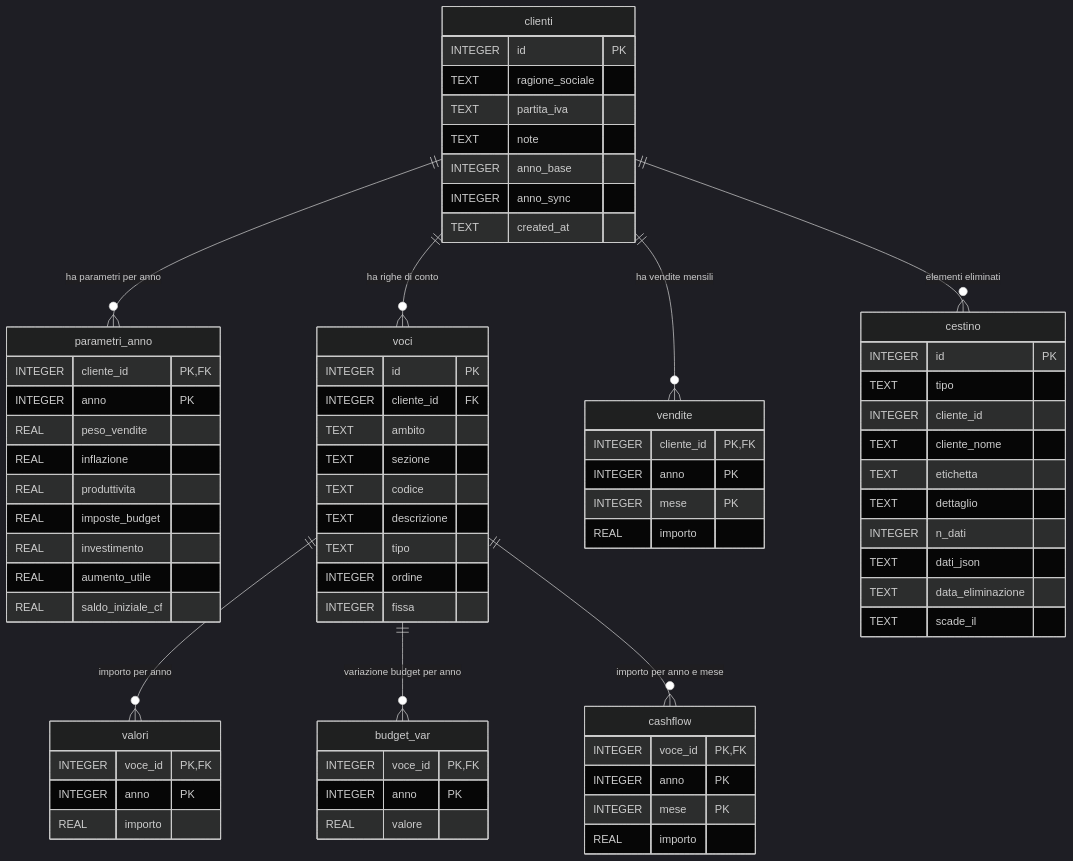
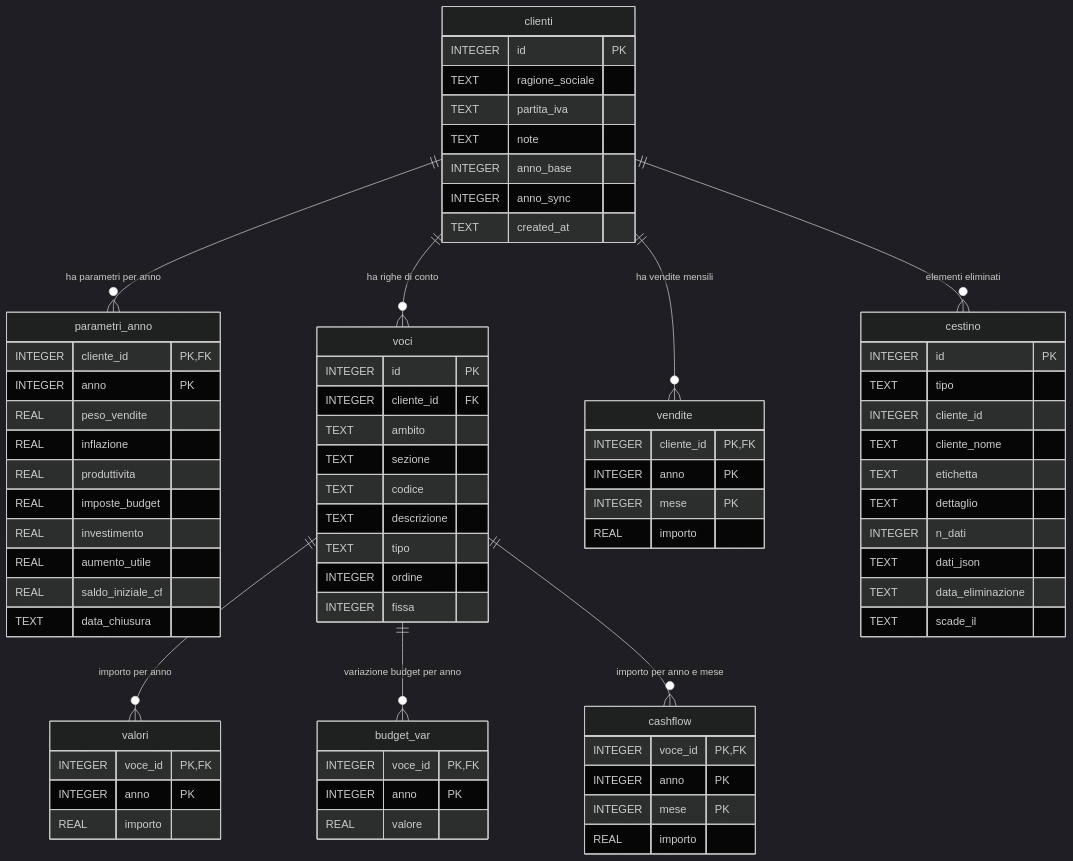
One commit to NicoMaker/gestionale-bilanci changed the diagram in docs/schema.mmd. Above: the diagram before and after it, drawn with Mermaid (dark theme). The commit also changed 31 other files, not shown here.

Commit message:
feat: implement data di chiusura handling for annual exercises, allowing customization and defaulting to 31/12

```diff
--- a/docs/schema.mmd
+++ b/docs/schema.mmd
@@ -1,81 +1,82 @@
 erDiagram
     clienti ||--o{ parametri_anno : "ha parametri per anno"
     clienti ||--o{ voci : "ha righe di conto"
     clienti ||--o{ vendite : "ha vendite mensili"
     voci ||--o{ valori : "importo per anno"
     voci ||--o{ budget_var : "variazione budget per anno"
     voci ||--o{ cashflow : "importo per anno e mese"
     clienti ||--o{ cestino : "elementi eliminati"
 
     clienti {
         INTEGER id PK
         TEXT ragione_sociale
         TEXT partita_iva
         TEXT note
         INTEGER anno_base
         INTEGER anno_sync
         TEXT created_at
     }
 
     parametri_anno {
         INTEGER cliente_id PK, FK
         INTEGER anno PK
         REAL peso_vendite
         REAL inflazione
         REAL produttivita
         REAL imposte_budget
         REAL investimento
         REAL aumento_utile
         REAL saldo_iniziale_cf
+        TEXT data_chiusura
     }
 
     voci {
         INTEGER id PK
         INTEGER cliente_id FK
         TEXT ambito
         TEXT sezione
         TEXT codice
         TEXT descrizione
         TEXT tipo
         INTEGER ordine
         INTEGER fissa
     }
 
     valori {
         INTEGER voce_id PK, FK
         INTEGER anno PK
         REAL importo
     }
 
     budget_var {
         INTEGER voce_id PK, FK
         INTEGER anno PK
         REAL valore
     }
 
     vendite {
         INTEGER cliente_id PK, FK
         INTEGER anno PK
         INTEGER mese PK
         REAL importo
     }
 
     cashflow {
         INTEGER voce_id PK, FK
         INTEGER anno PK
         INTEGER mese PK
         REAL importo
     }
 
     cestino {
         INTEGER id PK
         TEXT tipo
         INTEGER cliente_id
         TEXT cliente_nome
         TEXT etichetta
         TEXT dettaglio
         INTEGER n_dati
         TEXT dati_json
         TEXT data_eliminazione
         TEXT scade_il
     }
```
